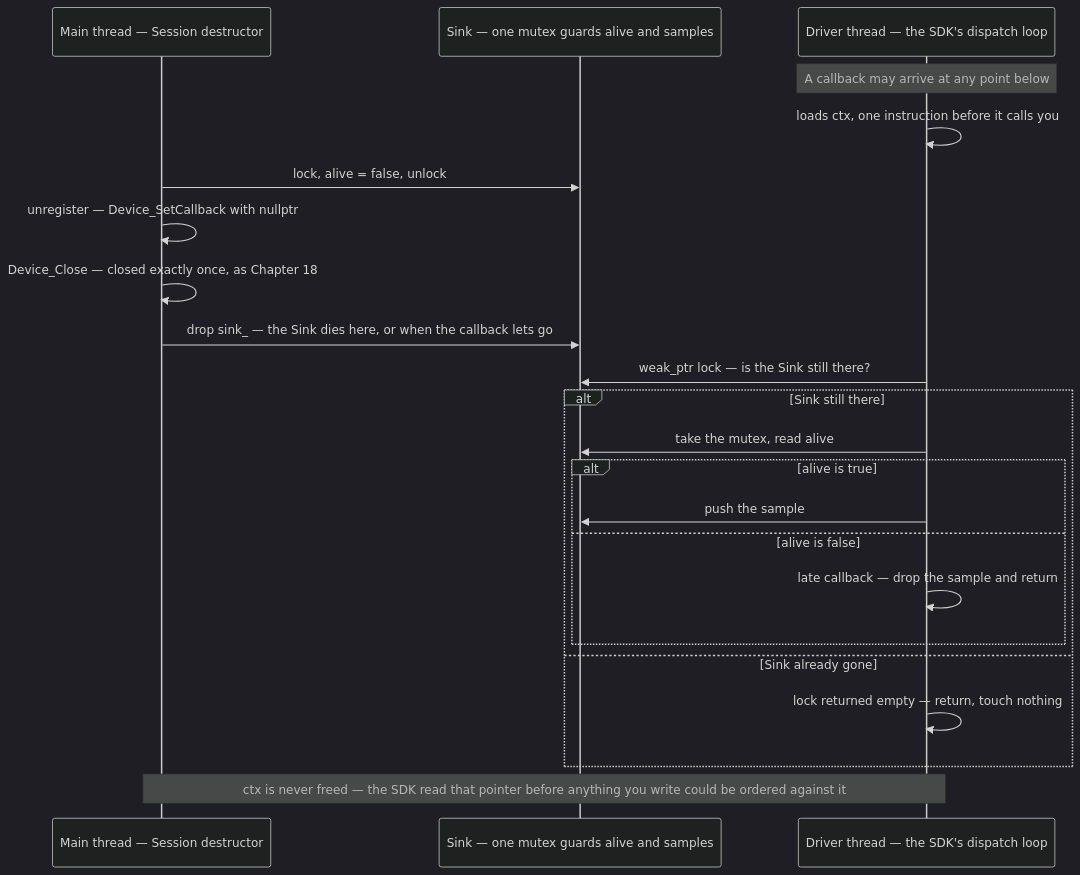
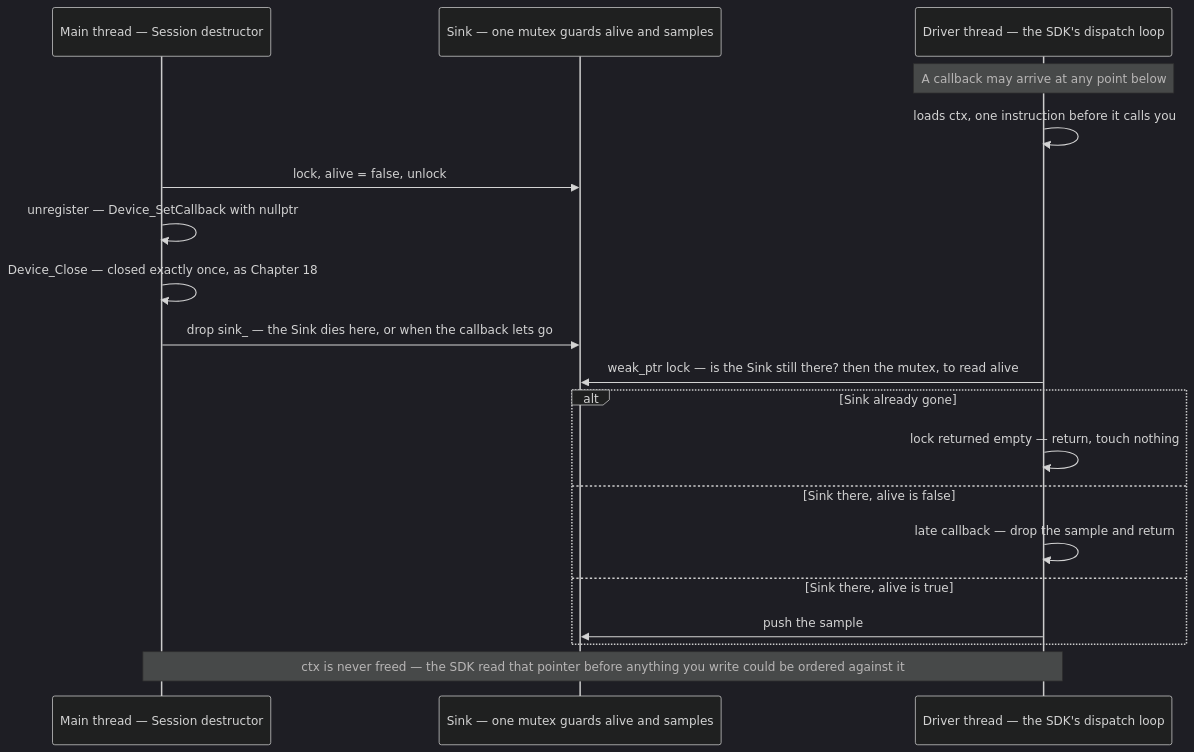
One commit to mkhomutov/going-unmanaged changed the diagram in book/29-concurrency.md. Above: the diagram before and after it, drawn with Mermaid (dark theme).

Commit message:
Flatten the Chapter 29 callback alt to three branches
The nested alt — weak_ptr lock, then a second alt on alive inside it —
mirrored Trampoline's control flow exactly, at the cost of a box inside
a box. Flattened to one alt with three sibling branches, in the order
the function checks them: Sink already gone, Sink there with alive
false, Sink there with alive true.

The two gates survive in the branch labels rather than in the nesting,
which is what the structure was carrying: "Sink already gone" is the
weak_ptr lock failing, "Sink there, alive is false" is the lock
succeeding and the flag saying the session is over. The combined
message spells out both steps.

1270x1159 becomes 1506x996 — 786px tall at GitHub's content width down
to 570px.

````diff
--- a/book/29-concurrency.md
+++ b/book/29-concurrency.md
@@ -210,24 +210,21 @@
 ```mermaid
 sequenceDiagram
     participant M as Main thread — Session destructor
     participant K as Sink — one mutex guards alive and samples
     participant D as Driver thread — the SDK's dispatch loop
     Note over D: A callback may arrive at any point below
     D->>D: loads ctx, one instruction before it calls you
     M->>K: lock, alive = false, unlock
     M->>M: unregister — Device_SetCallback with nullptr
     M->>M: Device_Close — closed exactly once, as Chapter 18
     M->>K: drop sink_ — the Sink dies here, or when the callback lets go
-    D->>K: weak_ptr lock — is the Sink still there?
-    alt Sink still there
-        D->>K: take the mutex, read alive
-        alt alive is true
-            D->>K: push the sample
-        else alive is false
-            D->>D: late callback — drop the sample and return
-        end
-    else Sink already gone
+    D->>K: weak_ptr lock — is the Sink still there? then the mutex, to read alive
+    alt Sink already gone
         D->>D: lock returned empty — return, touch nothing
+    else Sink there, alive is false
+        D->>D: late callback — drop the sample and return
+    else Sink there, alive is true
+        D->>K: push the sample
     end
     Note over M,D: ctx is never freed — the SDK read that pointer before anything you write could be ordered against it
 ```
````
